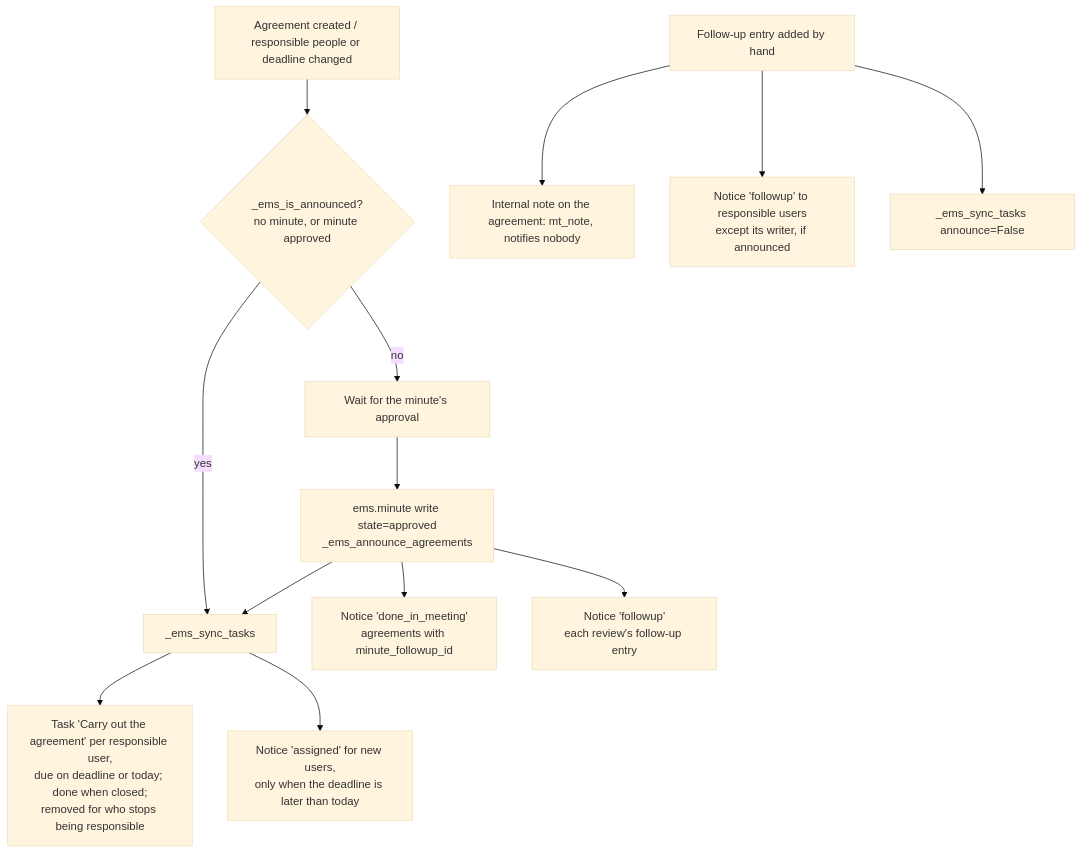
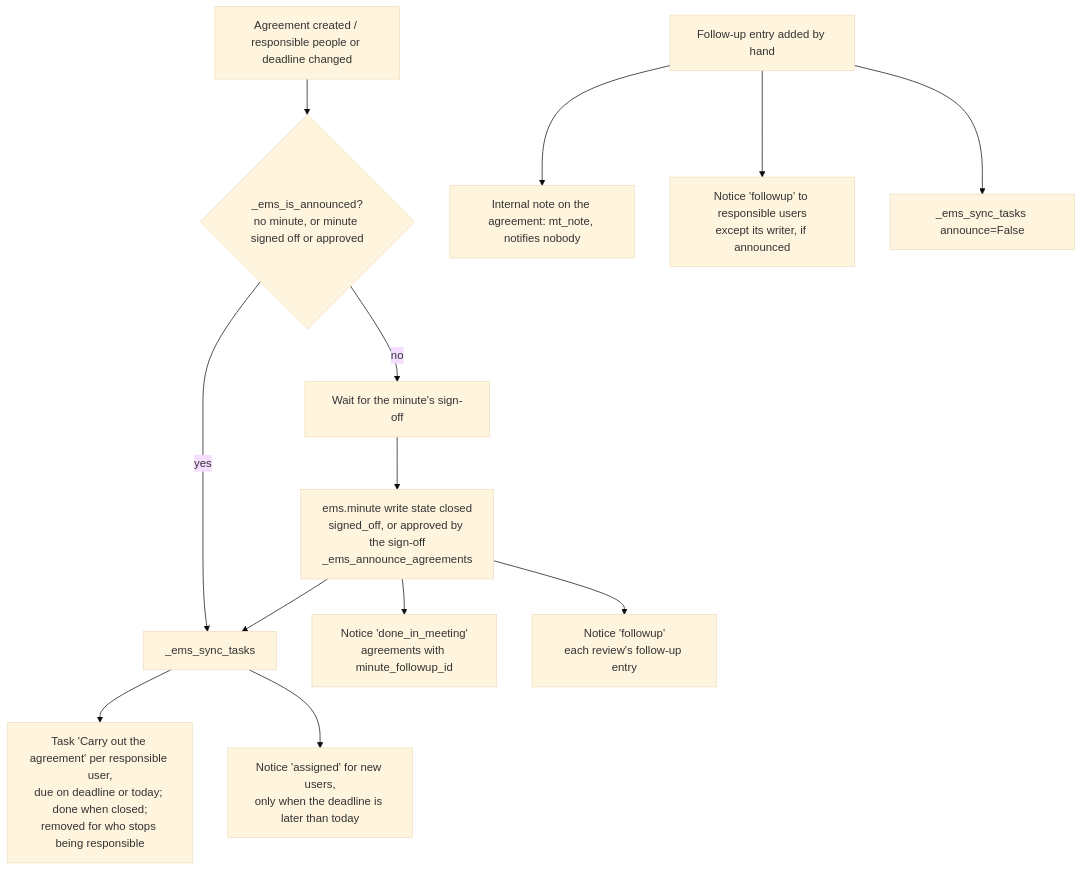
Before and after one commit to ElPuig/EMS: the third of 3 diagrams in docs/en/developers/quality/quality_overview.md, drawn with Mermaid (base theme). The commit also changed other lines of this file and 23 other files, not shown here.

Commit message:
Minutes: sign-off and approval in the next meeting - docs, screenshots, translations, permission fix (Closes #756)

````diff
--- a/docs/en/developers/quality/quality_overview.md
+++ b/docs/en/developers/quality/quality_overview.md
@@ -414,15 +435,15 @@
 ```mermaid
 flowchart TD
-    A[Agreement created / responsible people or deadline changed] --> B{_ems_is_announced?<br/>no minute, or minute approved}
-    B -- no --> W[Wait for the minute's approval]
+    A[Agreement created / responsible people or deadline changed] --> B{_ems_is_announced?<br/>no minute, or minute signed off or approved}
+    B -- no --> W[Wait for the minute's sign-off]
     B -- yes --> C[_ems_sync_tasks]
-    W --> M[ems.minute write state=approved<br/>_ems_announce_agreements]
+    W --> M[ems.minute write state closed<br/>signed_off, or approved by the sign-off<br/>_ems_announce_agreements]
     M --> C
     M --> N1[Notice 'done_in_meeting'<br/>agreements with minute_followup_id]
     M --> N2[Notice 'followup'<br/>each review's follow-up entry]
     C --> T[Task 'Carry out the agreement' per responsible user,<br/>due on deadline or today; done when closed;<br/>removed for who stops being responsible]
     C --> N3[Notice 'assigned' for new users,<br/>only when the deadline is later than today]
     F[Follow-up entry added by hand] --> NOTE[Internal note on the agreement: mt_note, notifies nobody]
     F --> N4[Notice 'followup' to responsible users<br/>except its writer, if announced]
     F --> C2[_ems_sync_tasks announce=False]
 ```
````
